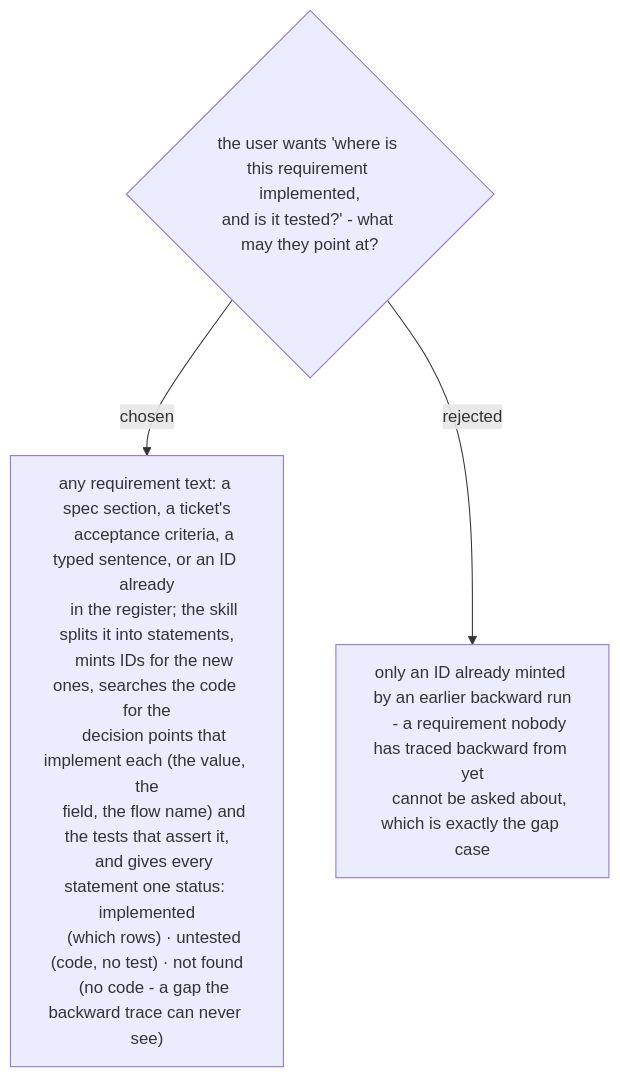
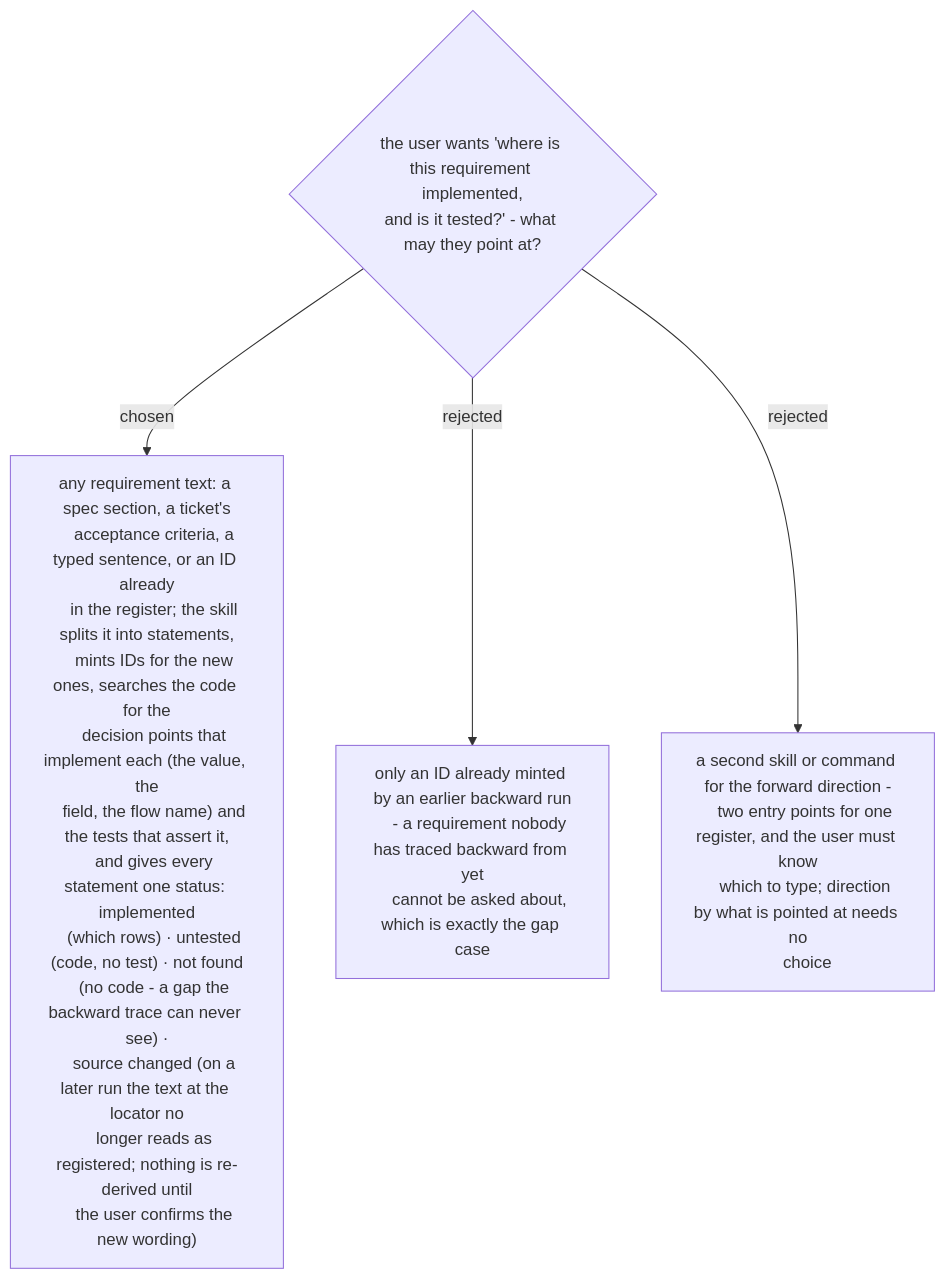
Before and after one commit to ThodsaphonSonthiphin/workflow-daily-work: the diagram in docs/adr/workflow-daily-work-0279-the-forward-trace-starts-from-any-requirement-statement-and-reports-implemented-untested-or-not-found.md, drawn with Mermaid. The commit also changed other lines of this file and 4 other files, not shown here.

Commit message:
docs(why-this-logic): Task 1 review fixes - ADRs 0278/0279/0281 carry every decision the spec cites; the Workflow 3 fixture is eight statements with the e-mail as R-008; the register is refreshed only by a run that minted or cited

````diff
--- a/docs/adr/workflow-daily-work-0279-the-forward-trace-starts-from-any-requirement-statement-and-reports-implemented-untested-or-not-found.md
+++ b/docs/adr/workflow-daily-work-0279-the-forward-trace-starts-from-any-requirement-statement-and-reports-implemented-untested-or-not-found.md
@@ -3,15 +3,22 @@
 ```mermaid
 flowchart TD
     Q{the user wants 'where is this requirement implemented,<br/>and is it tested?' - what may they point at?} -->|chosen| A["any requirement text: a spec section, a ticket's
     acceptance criteria, a typed sentence, or an ID already
     in the register; the skill splits it into statements,
     mints IDs for the new ones, searches the code for the
     decision points that implement each (the value, the
     field, the flow name) and the tests that assert it,
     and gives every statement one status: implemented
     (which rows) · untested (code, no test) · not found
-    (no code - a gap the backward trace can never see)"]
+    (no code - a gap the backward trace can never see) ·
+    source changed (on a later run the text at the locator no
+    longer reads as registered; nothing is re-derived until
+    the user confirms the new wording)"]
     Q -->|rejected| B["only an ID already minted by an earlier backward run
     - a requirement nobody has traced backward from yet
     cannot be asked about, which is exactly the gap case"]
+    Q -->|rejected| C["a second skill or command for the forward direction -
+    two entry points for one register, and the user must know
+    which to type; direction by what is pointed at needs no
+    choice"]
 ```
````
